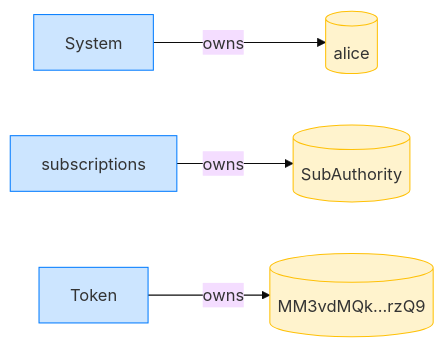
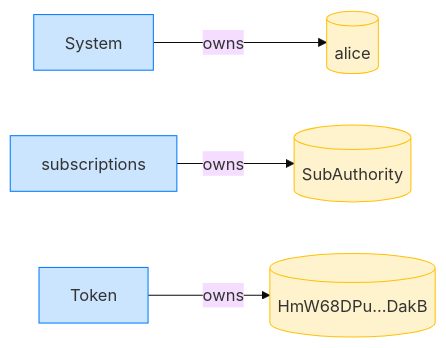
The fourth of 8 diagrams in dsl_tests/revoke--signer-accounts-must-sign.md (cds-rs/subscriptions), drawn with Mermaid (base theme) before and after one commit. The commit also changed other lines of this file and 224 other files, not shown here.

````diff
--- a/dsl_tests/revoke--signer-accounts-must-sign.md
+++ b/dsl_tests/revoke--signer-accounts-must-sign.md
@@ -71,14 +76,14 @@
 ```mermaid
 flowchart LR
     classDef owner fill:#cce5ff,stroke:#007bff;
     classDef account fill:#fff3cd,stroke:#ffc107;
     System[System]:::owner
     alice[(alice)]:::account
     subscriptions[subscriptions]:::owner
     SubAuthority[(SubAuthority)]:::account
     Token[Token]:::owner
-    MM3vdMQk_rzQ9[("MM3vdMQk…rzQ9")]:::account
+    HmW68DPu_DakB[("HmW68DPu…DakB")]:::account
     System -->|owns| alice
     subscriptions -->|owns| SubAuthority
-    Token -->|owns| MM3vdMQk_rzQ9
+    Token -->|owns| HmW68DPu_DakB
 ```
````
